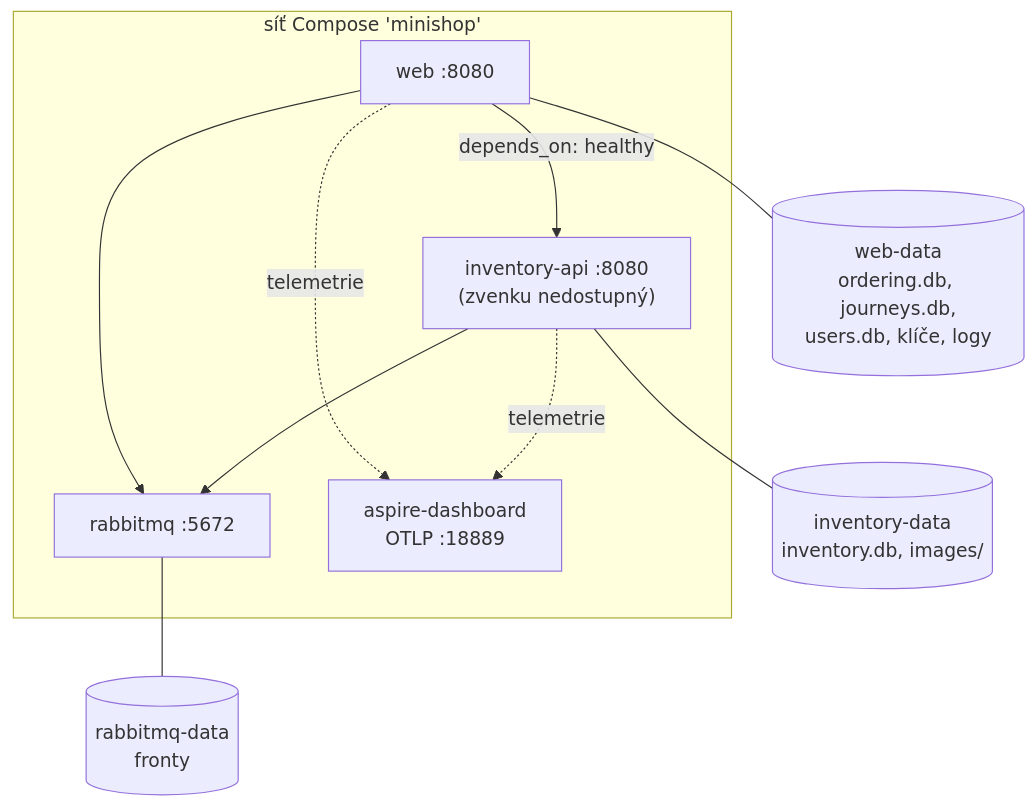
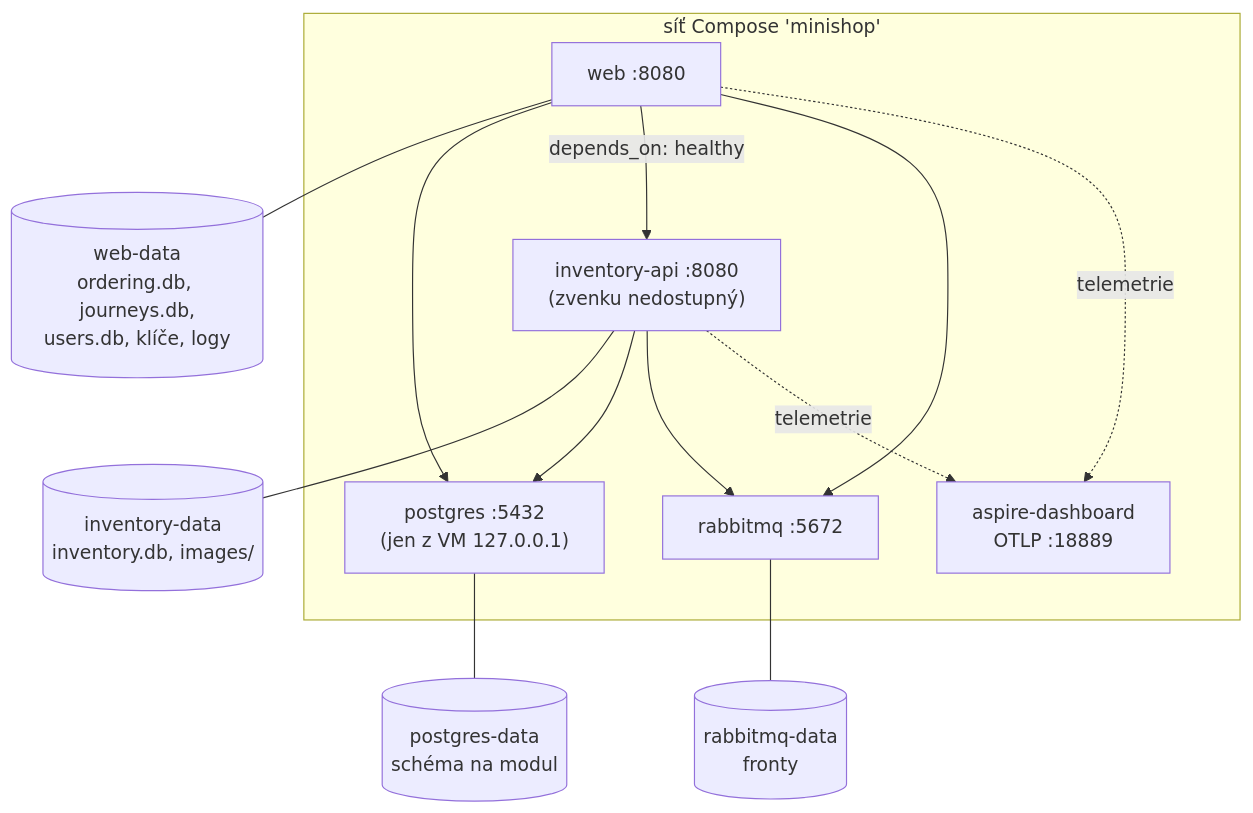
The second of 2 diagrams in docs/prirucka/nasazeni/kontejnery.md (ftichy/MiniShop), drawn with Mermaid before and after one commit. The commit also changed other lines of this file and 35 other files, not shown here.

````diff
--- a/docs/prirucka/nasazeni/kontejnery.md
+++ b/docs/prirucka/nasazeni/kontejnery.md
@@ -43,20 +43,25 @@
 ```mermaid
 flowchart TB
     subgraph net["síť Compose 'minishop'"]
         web["web :8080"]
         inv["inventory-api :8080<br/>(zvenku nedostupný)"]
         mq["rabbitmq :5672"]
         dash["aspire-dashboard<br/>OTLP :18889"]
+        pg["postgres :5432<br/>(jen z VM 127.0.0.1)"]
     end
     wv[("web-data<br/>ordering.db, journeys.db,<br/>users.db, klíče, logy")]
     iv[("inventory-data<br/>inventory.db, images/")]
     rv[("rabbitmq-data<br/>fronty")]
+    pv[("postgres-data<br/>schéma na modul")]
     web --- wv
     inv --- iv
     mq --- rv
+    pg --- pv
+    web --> pg
+    inv --> pg
     web -->|"depends_on: healthy"| inv
     web --> mq
     inv --> mq
     web -.->|telemetrie| dash
     inv -.->|telemetrie| dash
 ```
````
